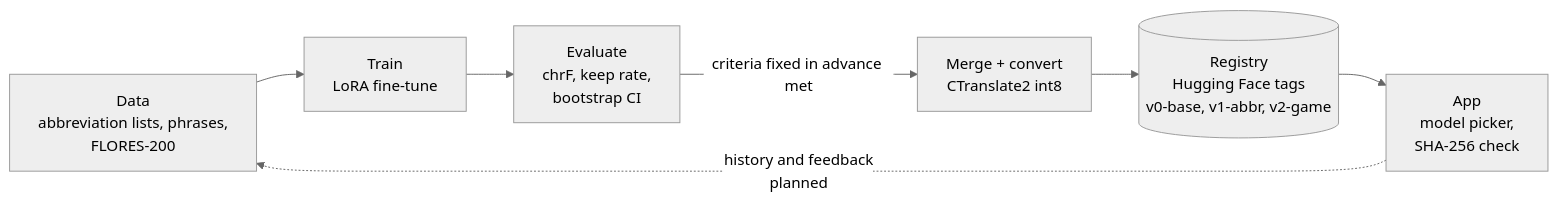
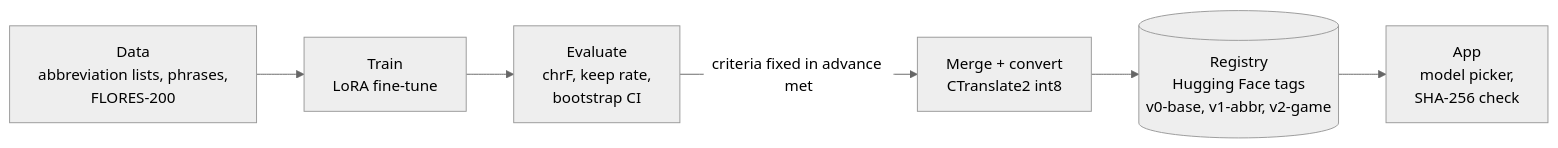
Before and after one commit to Vrihe/Overlay-Translator: the second of 2 diagrams in docs/how-it-works.md, drawn with Mermaid (neutral theme). The commit also changed other lines of this file and 40 other files, not shown here.

````diff
--- a/docs/how-it-works.md
+++ b/docs/how-it-works.md
@@ -52,9 +52,8 @@
 ```mermaid
 flowchart LR
     data[Data<br/>abbreviation lists, phrases,<br/>FLORES-200] --> train[Train<br/>LoRA fine-tune]
     train --> eval[Evaluate<br/>chrF, keep rate,<br/>bootstrap CI]
     eval -- criteria fixed in advance met --> pack[Merge + convert<br/>CTranslate2 int8]
     pack --> registry[(Registry<br/>Hugging Face tags<br/>v0-base, v1-abbr, v2-game)]
     registry --> app[App<br/>model picker,<br/>SHA-256 check]
-    app -. history and feedback<br/>planned .-> data
 ```
````
